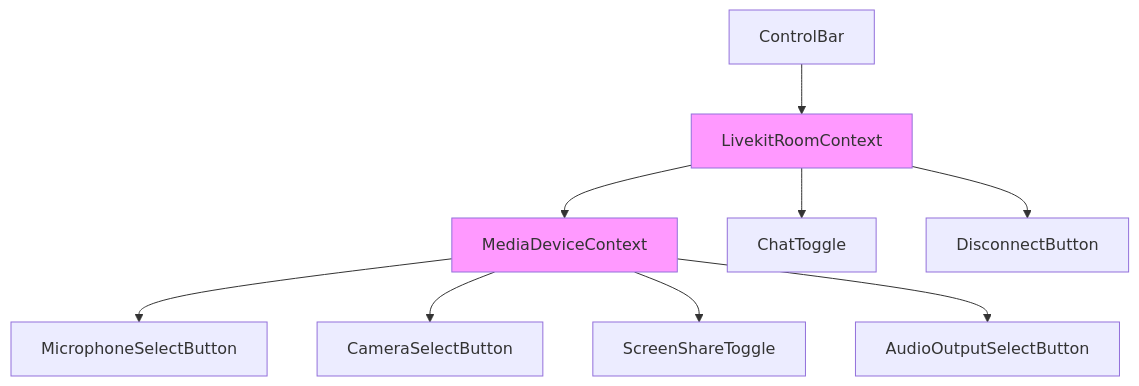
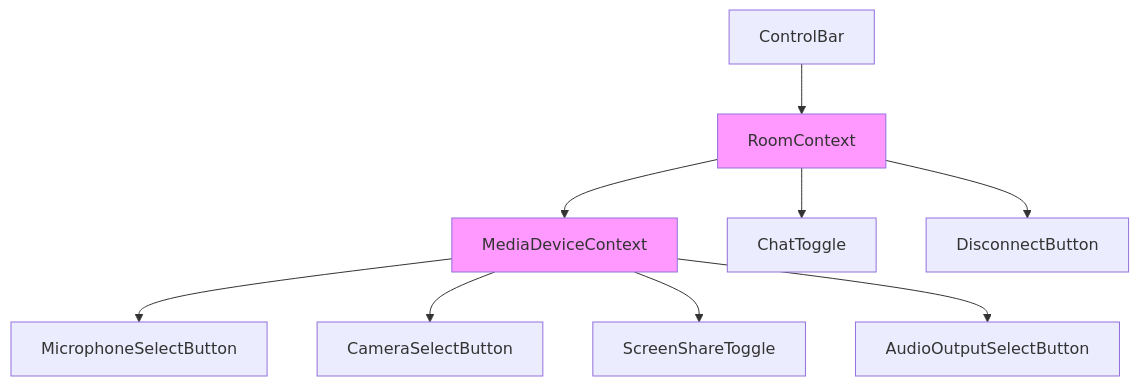
The second of 4 diagrams in docs/flowchart.md (vineeth-vk11/components-flutter), drawn with Mermaid before and after one commit. The commit also changed other lines of this file, not shown here.

````diff
--- a/docs/flowchart.md
+++ b/docs/flowchart.md
@@ -24,14 +24,14 @@
 ```mermaid
 flowchart TD
-A[ControlBar] --> B[LivekitRoomContext]
+A[ControlBar] --> B[RoomContext]
 style B fill:#f9f
 B --> D[MediaDeviceContext]
 style D fill:#f9f
 D --> E1[MicrophoneSelectButton]
 D --> E2[CameraSelectButton]
 D --> E3[ScreenShareToggle]
 D --> E4[AudioOutputSelectButton]
 
 B --> C2[ChatToggle]
 B --> C1[DisconnectButton]
 ```
````
